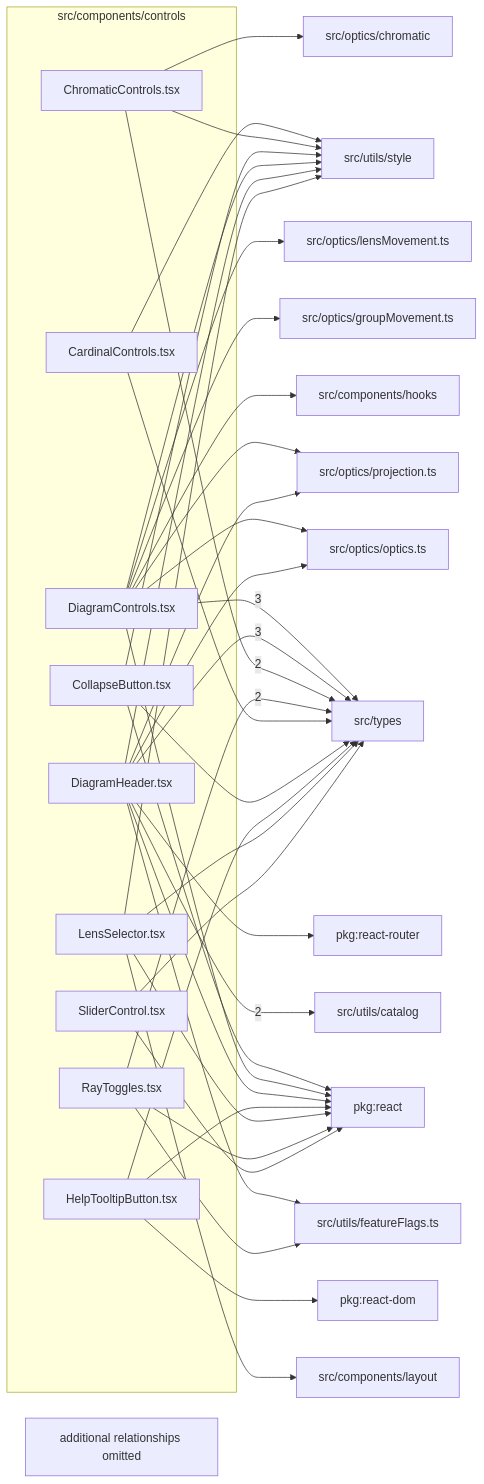
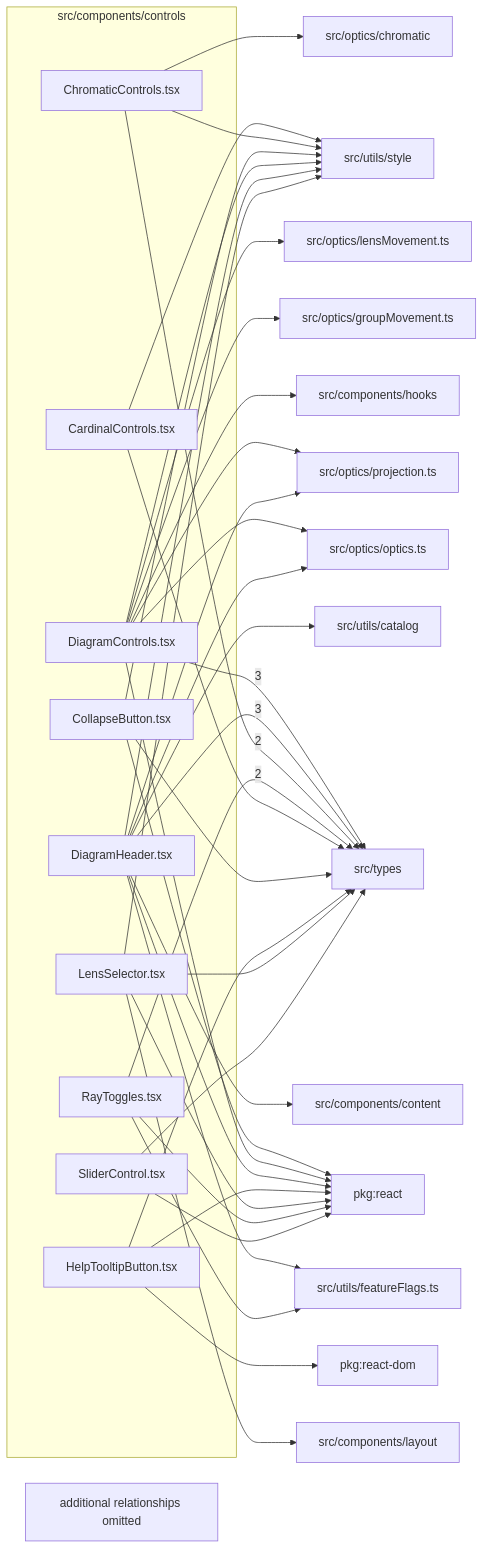
The diagram in src/components/controls/readme.md (ronbuening/LensVisualizer), drawn with Mermaid before and after one commit. The commit also changed other lines of this file and 15 other files, not shown here.

````diff
--- a/src/components/controls/readme.md
+++ b/src/components/controls/readme.md
@@ -9,65 +9,65 @@
 ```mermaid
 flowchart LR
   subgraph n_src_components_controls["src/components/controls"]
     n_src_components_controls_src_components_controls_CardinalControls_tsx["CardinalControls.tsx"]
     n_src_components_controls_src_components_controls_ChromaticControls_tsx["ChromaticControls.tsx"]
     n_src_components_controls_src_components_controls_CollapseButton_tsx["CollapseButton.tsx"]
     n_src_components_controls_src_components_controls_DiagramControls_tsx["DiagramControls.tsx"]
     n_src_components_controls_src_components_controls_DiagramHeader_tsx["DiagramHeader.tsx"]
     n_src_components_controls_src_components_controls_HelpTooltipButton_tsx["HelpTooltipButton.tsx"]
     n_src_components_controls_src_components_controls_LensSelector_tsx["LensSelector.tsx"]
     n_src_components_controls_src_components_controls_RayToggles_tsx["RayToggles.tsx"]
     n_src_components_controls_src_components_controls_SliderControl_tsx["SliderControl.tsx"]
   end
   n_external_src_types["src/types"]
-  n_external_src_utils_catalog["src/utils/catalog"]
   n_external_pkg_react["pkg:react"]
   n_external_pkg_react_dom["pkg:react-dom"]
-  n_external_pkg_react_router["pkg:react-router"]
+  n_external_src_components_content["src/components/content"]
   n_external_src_components_hooks["src/components/hooks"]
   n_external_src_components_layout["src/components/layout"]
   n_external_src_optics_chromatic["src/optics/chromatic"]
   n_external_src_optics_groupMovement_ts["src/optics/groupMovement.ts"]
   n_external_src_optics_lensMovement_ts["src/optics/lensMovement.ts"]
   n_external_src_optics_optics_ts["src/optics/optics.ts"]
   n_external_src_optics_projection_ts["src/optics/projection.ts"]
+  n_external_src_utils_catalog["src/utils/catalog"]
   n_external_src_utils_featureFlags_ts["src/utils/featureFlags.ts"]
   n_external_src_utils_style["src/utils/style"]
   n_src_components_controls_src_components_controls_DiagramControls_tsx --> |3| n_external_src_types
   n_src_components_controls_src_components_controls_DiagramHeader_tsx --> |3| n_external_src_types
   n_src_components_controls_src_components_controls_ChromaticControls_tsx --> |2| n_external_src_types
   n_src_components_controls_src_components_controls_RayToggles_tsx --> |2| n_external_src_types
-  n_src_components_controls_src_components_controls_DiagramHeader_tsx --> |2| n_external_src_utils_catalog
   n_src_components_controls_src_components_controls_CollapseButton_tsx --> n_external_pkg_react
   n_src_components_controls_src_components_controls_DiagramControls_tsx --> n_external_pkg_react
   n_src_components_controls_src_components_controls_DiagramHeader_tsx --> n_external_pkg_react
   n_src_components_controls_src_components_controls_HelpTooltipButton_tsx --> n_external_pkg_react
   n_src_components_controls_src_components_controls_LensSelector_tsx --> n_external_pkg_react
   n_src_components_controls_src_components_controls_RayToggles_tsx --> n_external_pkg_react
   n_src_components_controls_src_components_controls_SliderControl_tsx --> n_external_pkg_react
   n_src_components_controls_src_components_controls_HelpTooltipButton_tsx --> n_external_pkg_react_dom
-  n_src_components_controls_src_components_controls_DiagramHeader_tsx --> n_external_pkg_react_router
+  n_src_components_controls_src_components_controls_DiagramHeader_tsx --> n_external_src_components_content
   n_src_components_controls_src_components_controls_DiagramControls_tsx --> n_external_src_components_hooks
   n_src_components_controls_src_components_controls_LensSelector_tsx --> n_external_src_components_layout
   n_src_components_controls_src_components_controls_ChromaticControls_tsx --> n_external_src_optics_chromatic
   n_src_components_controls_src_components_controls_DiagramControls_tsx --> n_external_src_optics_groupMovement_ts
   n_src_components_controls_src_components_controls_DiagramControls_tsx --> n_external_src_optics_lensMovement_ts
   n_src_components_controls_src_components_controls_DiagramControls_tsx --> n_external_src_optics_optics_ts
   n_src_components_controls_src_components_controls_DiagramHeader_tsx --> n_external_src_optics_optics_ts
   n_src_components_controls_src_components_controls_DiagramControls_tsx --> n_external_src_optics_projection_ts
   n_src_components_controls_src_components_controls_DiagramHeader_tsx --> n_external_src_optics_projection_ts
   n_src_components_controls_src_components_controls_CardinalControls_tsx --> n_external_src_types
   n_src_components_controls_src_components_controls_CollapseButton_tsx --> n_external_src_types
   n_src_components_controls_src_components_controls_HelpTooltipButton_tsx --> n_external_src_types
   n_src_components_controls_src_components_controls_LensSelector_tsx --> n_external_src_types
   n_src_components_controls_src_components_controls_SliderControl_tsx --> n_external_src_types
+  n_src_components_controls_src_components_controls_DiagramHeader_tsx --> n_external_src_utils_catalog
   n_src_components_controls_src_components_controls_DiagramHeader_tsx --> n_external_src_utils_featureFlags_ts
   n_src_components_controls_src_components_controls_RayToggles_tsx --> n_external_src_utils_featureFlags_ts
   n_src_components_controls_src_components_controls_CardinalControls_tsx --> n_external_src_utils_style
   n_src_components_controls_src_components_controls_ChromaticControls_tsx --> n_external_src_utils_style
   n_src_components_controls_src_components_controls_CollapseButton_tsx --> n_external_src_utils_style
   n_src_components_controls_src_components_controls_DiagramControls_tsx --> n_external_src_utils_style
   n_src_components_controls_src_components_controls_DiagramHeader_tsx --> n_external_src_utils_style
   n_src_components_controls_src_components_controls_LensSelector_tsx --> n_external_src_utils_style
   n_src_components_controls_truncated["additional relationships omitted"]
 ```
````
